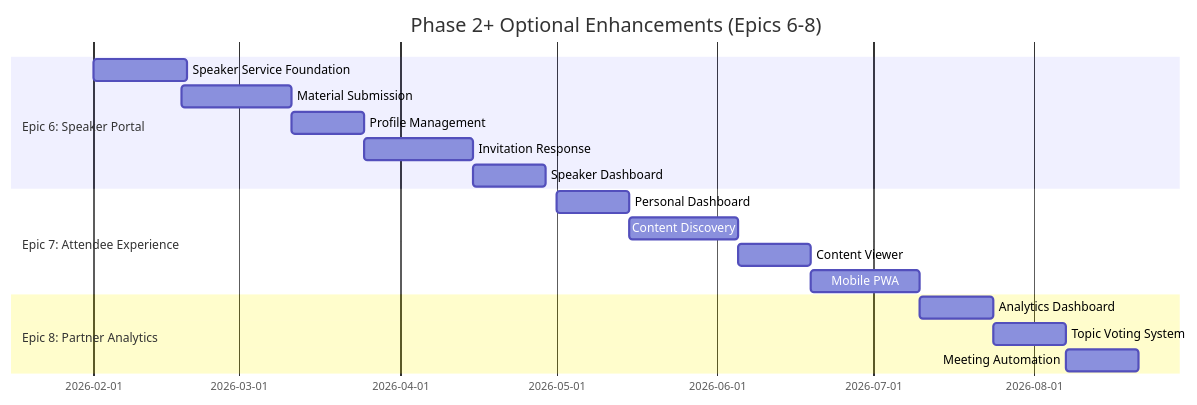
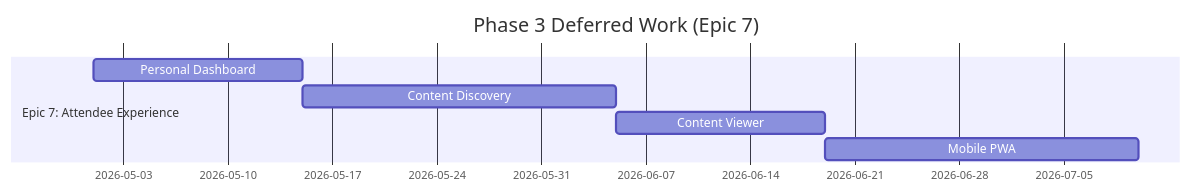
Diagram 28 of 28 in docs/wireframes/sitemap-mermaid.md (nissimbuchs/BATbern2), drawn with Mermaid before and after one commit. The commit also changed other lines of this file and 20 other files, not shown here.

````diff
--- a/docs/wireframes/sitemap-mermaid.md
+++ b/docs/wireframes/sitemap-mermaid.md
@@ -860,23 +862,11 @@
 ```mermaid
 gantt
-    title Phase 2+ Optional Enhancements (Epics 6-8)
+    title Phase 3 Deferred Work (Epic 7)
     dateFormat YYYY-MM-DD
-
-    section Epic 6: Speaker Portal
-    Speaker Service Foundation    :epic6, 2026-02-01, 2.5w
-    Material Submission           :2026-02-18, 3w
-    Profile Management            :2026-03-11, 2w
-    Invitation Response           :2026-03-25, 3w
-    Speaker Dashboard             :2026-04-15, 2w
 
     section Epic 7: Attendee Experience
     Personal Dashboard            :epic7, 2026-05-01, 2w
     Content Discovery             :2026-05-15, 3w
     Content Viewer                :2026-06-05, 2w
     Mobile PWA                    :2026-06-19, 3w
-
-    section Epic 8: Partner Analytics
-    Analytics Dashboard           :epic8, 2026-07-10, 2w
-    Topic Voting System           :2026-07-24, 2w
-    Meeting Automation            :2026-08-07, 2w
 ```
````
